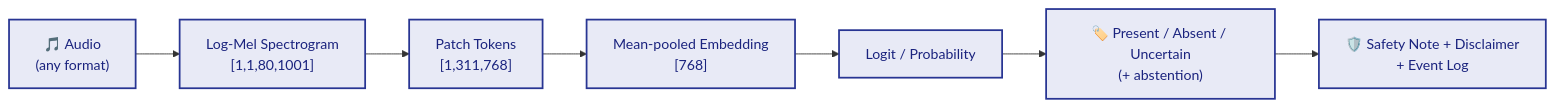
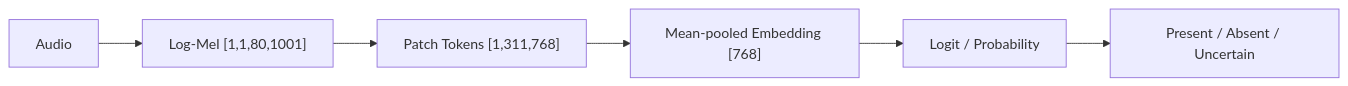
Before and after one commit to ahsanmandhar-ui/heart-murmur-pwa: the first of 4 diagrams in README.md, drawn with Mermaid. The commit also changed other lines of this file, not shown here.

Commit message:
Update README: AST model, mermaid diagrams, contact

````diff
--- a/README.md
+++ b/README.md
@@ -25,13 +27,4 @@
 ```mermaid
 flowchart LR
-    AUD["🎵 Audio<br/>(any format)"] 
-    --> MEL["Log-Mel Spectrogram<br/>[1,1,80,1001]"]
-    --> TOK["Patch Tokens<br/>[1,311,768]"]
-    --> EMB["Mean-pooled Embedding<br/>[768]"]
-    --> LOG["Logit / Probability"]
-    --> LBL["🏷️ Present / Absent / Uncertain<br/>(+ abstention)"]
-    --> SAFE["🛡️ Safety Note + Disclaimer<br/>+ Event Log"]
-
-    classDef step fill:#e8eaf6,stroke:#283593,stroke-width:2px,color:#1a237e;
-    class AUD,MEL,TOK,EMB,LOG,LBL,SAFE step;
+    AUD["Audio"] --> MEL["Log-Mel [1,1,80,1001]"] --> TOK["Patch Tokens [1,311,768]"] --> EMB["Mean-pooled Embedding [768]"] --> LOG["Logit / Probability"] --> LBL["Present / Absent / Uncertain"]
 ```
````
